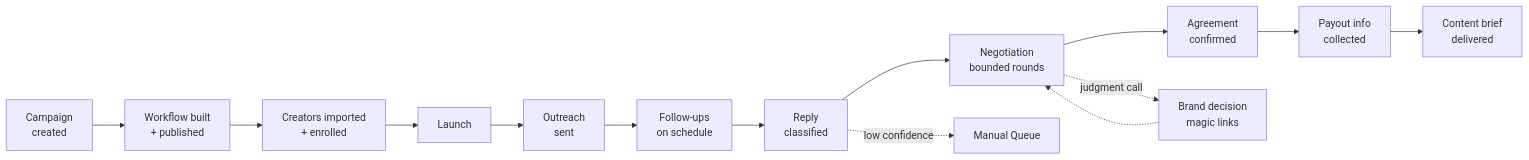
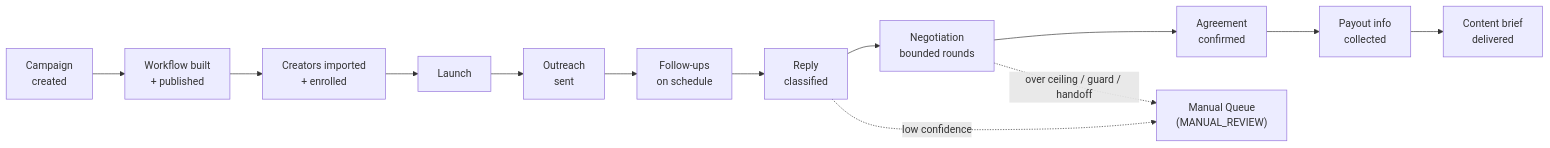
One commit to ayushgade06/pluvus-workflow-prototype changed the second of 6 diagrams in README.md. Above: the diagram before and after it, drawn with Mermaid. The commit also changed other lines of this file and 25 other files, not shown here.

````diff
--- a/README.md
+++ b/README.md
@@ -285,16 +287,15 @@
 ```mermaid
 flowchart LR
     A["Campaign<br/>created"] --> B["Workflow built<br/>+ published"]
     B --> C["Creators imported<br/>+ enrolled"]
     C --> D["Launch"]
     D --> E["Outreach<br/>sent"]
     E --> F["Follow-ups<br/>on schedule"]
     F --> G["Reply<br/>classified"]
     G --> H["Negotiation<br/>bounded rounds"]
     H --> I["Agreement<br/>confirmed"]
     I --> J["Payout info<br/>collected"]
     J --> K["Content brief<br/>delivered"]
-    H -.->|"judgment call"| L["Brand decision<br/>magic links"]
-    L -.-> H
-    G -.->|"low confidence"| M["Manual Queue"]
+    H -.->|"over ceiling / guard / handoff"| M["Manual Queue<br/>(MANUAL_REVIEW)"]
+    G -.->|"low confidence"| M
 ```
````
